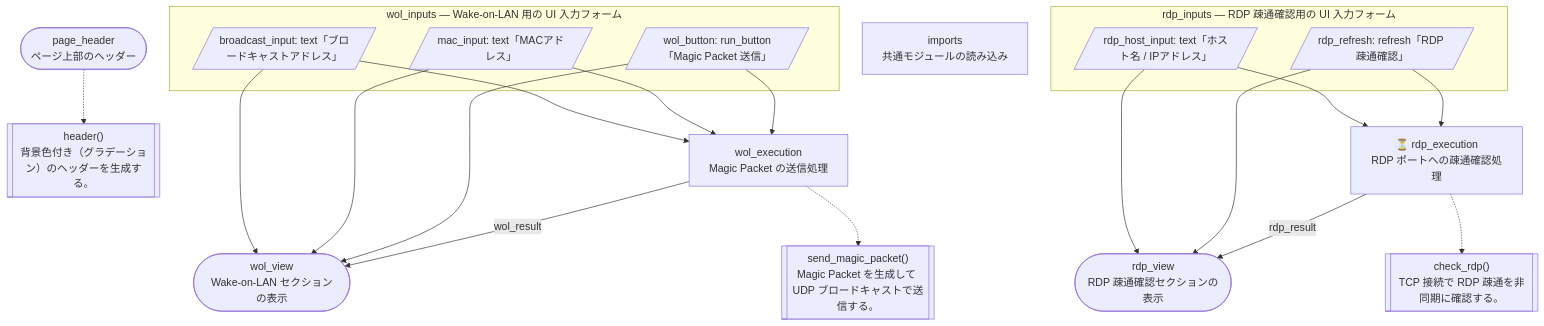
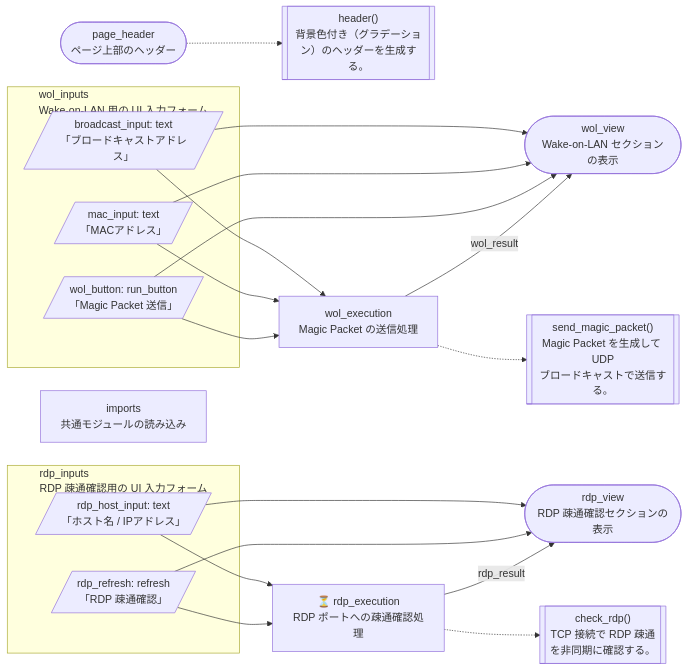
The diagram in docs/flows/magic_packet.md (osakanamaki/tools), drawn with Mermaid before and after one commit. The commit also changed 2 other files, not shown here.

Commit message:
Mermaid生成機能の表示改善。横への広がりを抑える。

````diff
--- a/docs/flows/magic_packet.md
+++ b/docs/flows/magic_packet.md
@@ -5,36 +5,36 @@
 ```mermaid
-flowchart TD
+flowchart LR
   c0["imports<br/>共通モジュールの読み込み"]
   c1(["page_header<br/>ページ上部のヘッダー"])
-  f0[["header()<br/>背景色付き（グラデーション）のヘッダーを生成する。"]]
-  subgraph c2["wol_inputs — Wake-on-LAN 用の UI 入力フォーム"]
-    c2_u0[/"mac_input: text「MACアドレス」"/]
-    c2_u1[/"broadcast_input: text「ブロードキャストアドレス」"/]
-    c2_u2[/"wol_button: run_button「Magic Packet 送信」"/]
+  f0[["header()<br/>背景色付き（グラデーショ<br/>ン）のヘッダーを生成する。"]]
+  subgraph c2["wol_inputs<br/>Wake-on-LAN 用の UI 入力フォーム"]
+    c2_u0[/"mac_input: text<br/>「MACアドレス」"/]
+    c2_u1[/"broadcast_input: text<br/>「ブロードキャストアドレス」"/]
+    c2_u2[/"wol_button: run_button<br/>「Magic Packet 送信」"/]
   end
   c3["wol_execution<br/>Magic Packet の送信処理"]
-  f1[["send_magic_packet()<br/>Magic Packet を生成して UDP ブロードキャストで送信する。"]]
+  f1[["send_magic_packet()<br/>Magic Packet を生成して UDP<br/>ブロードキャストで送信する。"]]
   c4(["wol_view<br/>Wake-on-LAN セクションの表示"])
-  subgraph c5["rdp_inputs — RDP 疎通確認用の UI 入力フォーム"]
-    c5_u0[/"rdp_host_input: text「ホスト名 / IPアドレス」"/]
-    c5_u1[/"rdp_refresh: refresh「RDP 疎通確認」"/]
+  subgraph c5["rdp_inputs<br/>RDP 疎通確認用の UI 入力フォーム"]
+    c5_u0[/"rdp_host_input: text<br/>「ホスト名 / IPアドレス」"/]
+    c5_u1[/"rdp_refresh: refresh<br/>「RDP 疎通確認」"/]
   end
   c6(["rdp_view<br/>RDP 疎通確認セクションの表示"])
   c7["⏳ rdp_execution<br/>RDP ポートへの疎通確認処理"]
-  f2[["check_rdp()<br/>TCP 接続で RDP 疎通を非同期に確認する。"]]
+  f2[["check_rdp()<br/>TCP 接続で RDP 疎通<br/>を非同期に確認する。"]]
   c2_u1 --> c3
   c2_u0 --> c3
   c2_u2 --> c3
   c2_u1 --> c4
   c2_u0 --> c4
   c2_u2 --> c4
   c3 -->|"wol_result"| c4
   c5_u0 --> c6
   c5_u1 --> c6
   c7 -->|"rdp_result"| c6
   c5_u0 --> c7
   c5_u1 --> c7
   c1 -.-> f0
   c3 -.-> f1
   c7 -.-> f2
 ```
````
